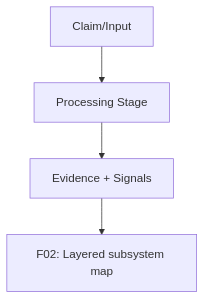
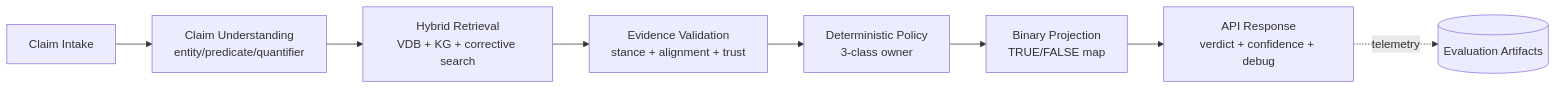
Before and after one commit to Luxia-AI/docs: the first of 5 diagrams in methodology/figures/01-method-overview-pack.md, drawn with Mermaid. The commit also changed other lines of this file and 9 other files, not shown here.

First line of the commit message:
Refactor methodology figures with updated Mermaid diagrams and enhanced clarity across multiple packs. Key changes include:

````diff
--- a/methodology/figures/01-method-overview-pack.md
+++ b/methodology/figures/01-method-overview-pack.md
@@ -43,6 +16,16 @@
 ```mermaid
-flowchart TD
-    A[Claim/Input] --> B[Processing Stage]
-    B --> C[Evidence + Signals]
-    C --> D[F02: Layered subsystem map]
+flowchart LR
+  C[Claim Intake] --> U[Claim Understanding
+entity/predicate/quantifier]
+  U --> R[Hybrid Retrieval
+VDB + KG + corrective search]
+  R --> A[Evidence Validation
+stance + alignment + trust]
+  A --> P[Deterministic Policy
+3-class owner]
+  P --> B[Binary Projection
+TRUE/FALSE map]
+  B --> O[API Response
+verdict + confidence + debug]
+  O -. telemetry .-> E[(Evaluation Artifacts)]
 ```
````
